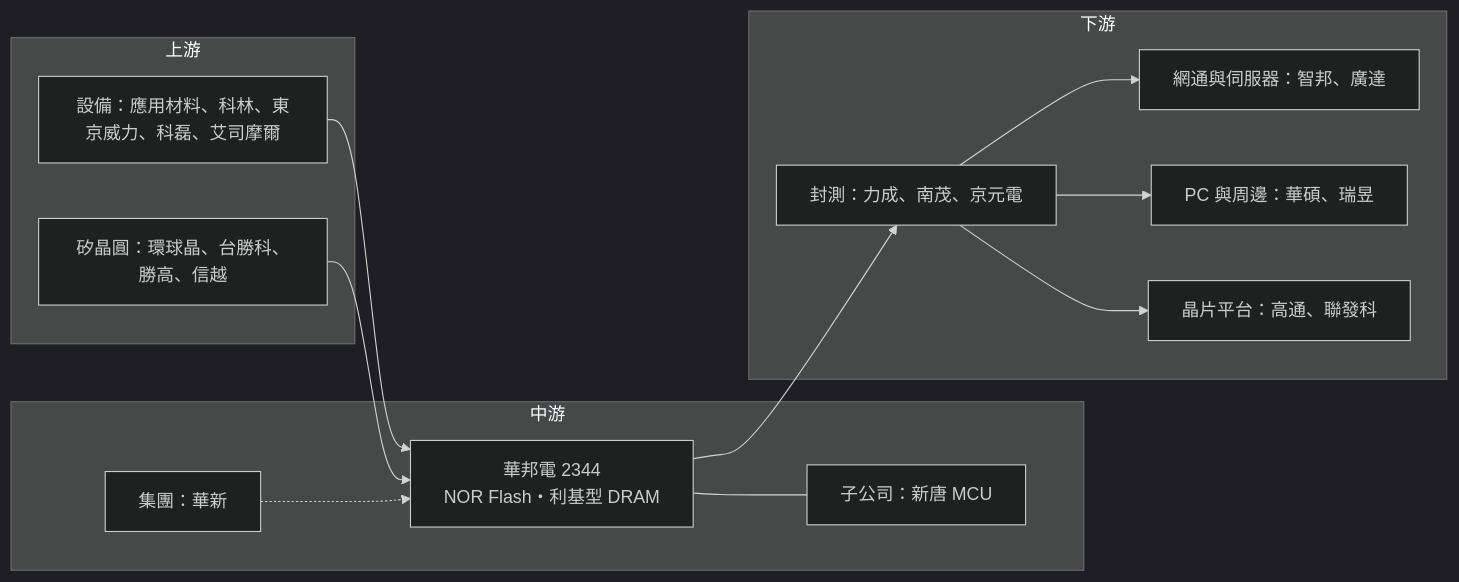
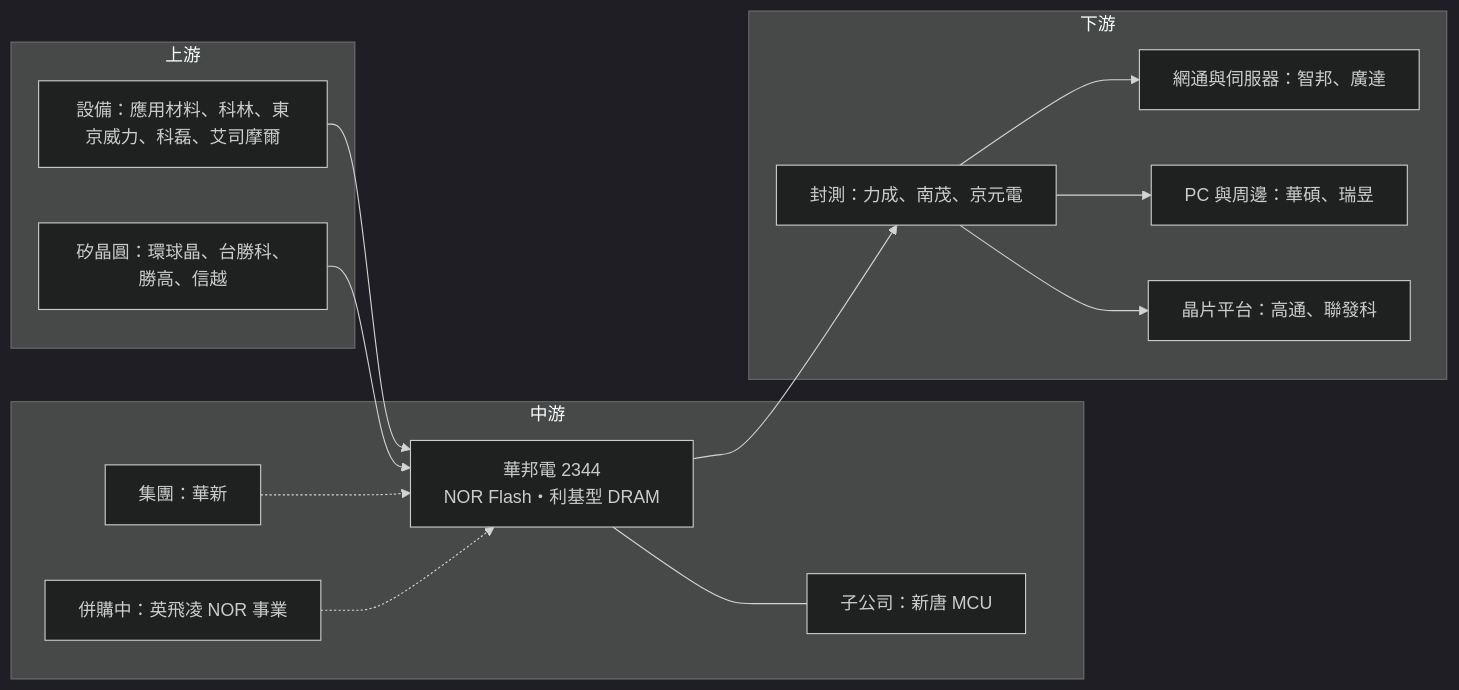
The fourth of 4 diagrams in 個股/台股/2344華邦電.md (wangnick1004/taiwan-stock-vault), drawn with Mermaid (dark theme) before and after one commit. The commit also changed other lines of this file and 19 other files, not shown here.

````diff
--- a/個股/台股/2344華邦電.md
+++ b/個股/台股/2344華邦電.md
@@ -223,26 +244,28 @@
 ```mermaid
 flowchart LR
     subgraph 上游
         A1[設備：應用材料、科林、東京威力、科磊、艾司摩爾]
         A2[矽晶圓：環球晶、台勝科、勝高、信越]
     end
     subgraph 中游
-        B[華邦電 2344<br/>NOR Flash・利基型 DRAM]
+        B["華邦電 2344<br/>NOR Flash・利基型 DRAM"]
         B2[子公司：新唐 MCU]
         B3[集團：華新]
+        B4["併購中：英飛凌 NOR 事業"]
     end
     subgraph 下游
         C1[封測：力成、南茂、京元電]
         C2[網通與伺服器：智邦、廣達]
         C3[PC 與周邊：華碩、瑞昱]
         C4[晶片平台：高通、聯發科]
     end
     A1 --> B
     A2 --> B
     B3 -.-> B
     B --- B2
+    B4 -.-> B
     B --> C1
     C1 --> C2
     C1 --> C3
     C1 --> C4
 ```
````
